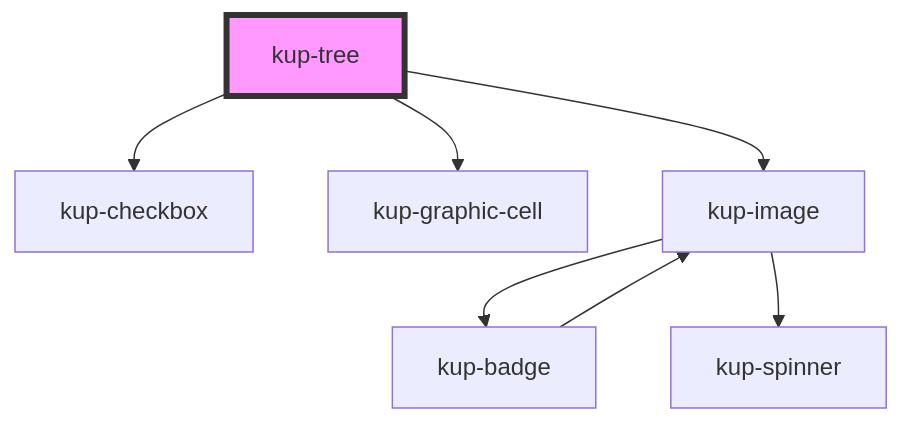
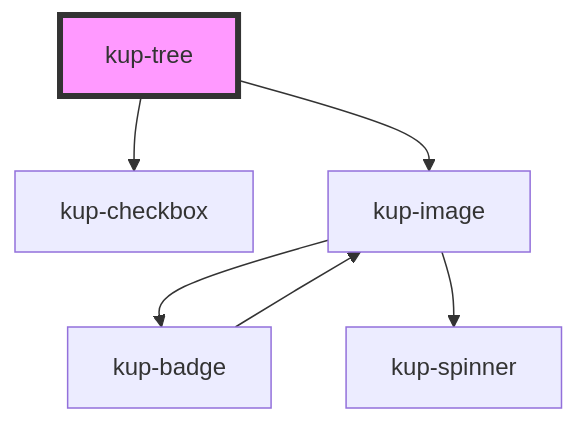
Before and after one commit to smeup/ketchup: the diagram in packages/ketchup/src/components/kup-tree/readme.md, drawn with Mermaid. The commit also changed other lines of this file and 33 other files, not shown here.

Commit message:
Removed columnsWidth prop from data table, handles size in its place. Fixed IT. Removed kup-graphic-cell.

````diff
--- a/packages/ketchup/src/components/kup-tree/readme.md
+++ b/packages/ketchup/src/components/kup-tree/readme.md
@@ -101,10 +100,9 @@
 ```mermaid
 graph TD;
   kup-tree --> kup-checkbox
-  kup-tree --> kup-graphic-cell
   kup-tree --> kup-image
   kup-image --> kup-badge
   kup-image --> kup-spinner
   kup-badge --> kup-image
   style kup-tree fill:#f9f,stroke:#333,stroke-width:4px
 ```
````
